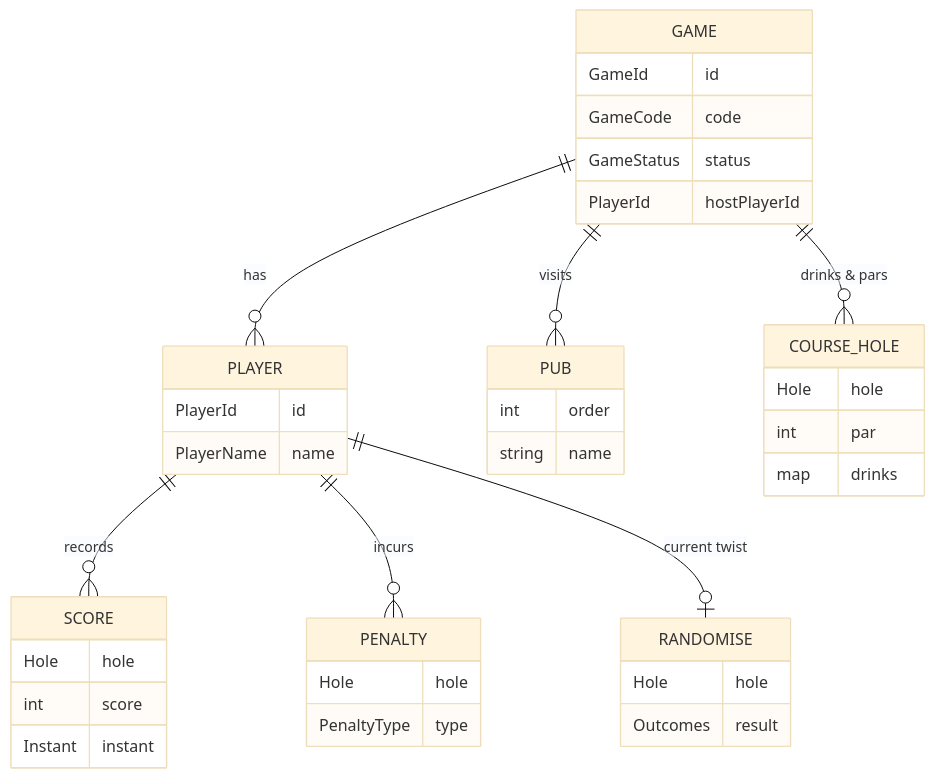
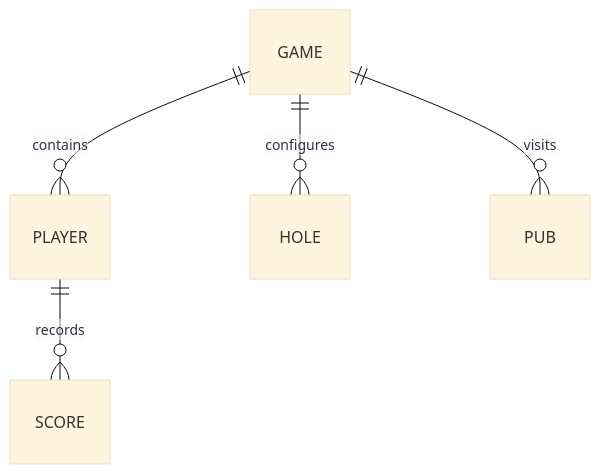
The third of 3 diagrams in docs/ARCHITECTURE.md (BenSuskins/pubgolf), drawn with Mermaid (base theme) before and after one commit. The commit also changed other lines of this file and 136 other files, not shown here.

````diff
--- a/docs/ARCHITECTURE.md
+++ b/docs/ARCHITECTURE.md
@@ -96,42 +87,7 @@
 ```mermaid
 erDiagram
-    GAME ||--o{ PLAYER : has
+    GAME ||--o{ PLAYER : contains
+    GAME ||--o{ HOLE : configures
     GAME ||--o{ PUB : visits
-    GAME ||--o{ COURSE_HOLE : "drinks & pars"
     PLAYER ||--o{ SCORE : records
-    PLAYER ||--o{ PENALTY : incurs
-    PLAYER ||--o| RANDOMISE : "current twist"
-
-    GAME {
-        GameId id
-        GameCode code
-        GameStatus status
-        PlayerId hostPlayerId
-    }
-    PLAYER {
-        PlayerId id
-        PlayerName name
-    }
-    SCORE {
-        Hole hole
-        int score
-        Instant instant
-    }
-    PENALTY {
-        Hole hole
-        PenaltyType type
-    }
-    PUB {
-        int order
-        string name
-    }
-    COURSE_HOLE {
-        Hole hole
-        int par
-        map drinks
-    }
-    RANDOMISE {
-        Hole hole
-        Outcomes result
-    }
 ```
````
